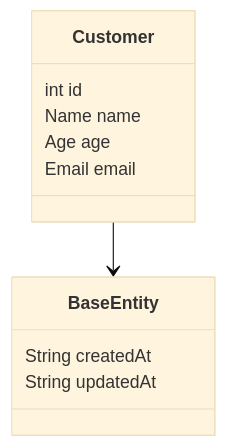
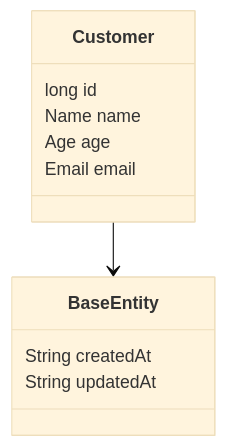
The diagram in customer.mermaid (prgrms-be-devcourse/springboot-jpa), drawn with Mermaid (base theme) before and after one commit. The commit also changed 17 other files, not shown here.

```diff
--- a/customer.mermaid
+++ b/customer.mermaid
@@ -1,14 +1,15 @@
 classDiagram
+    
     class Customer {
-        int id
+        long id
         Name name
         Age age
         Email email
     }
 
     class BaseEntity {
         String createdAt
         String updatedAt
     }
 
     Customer --> BaseEntity
```
